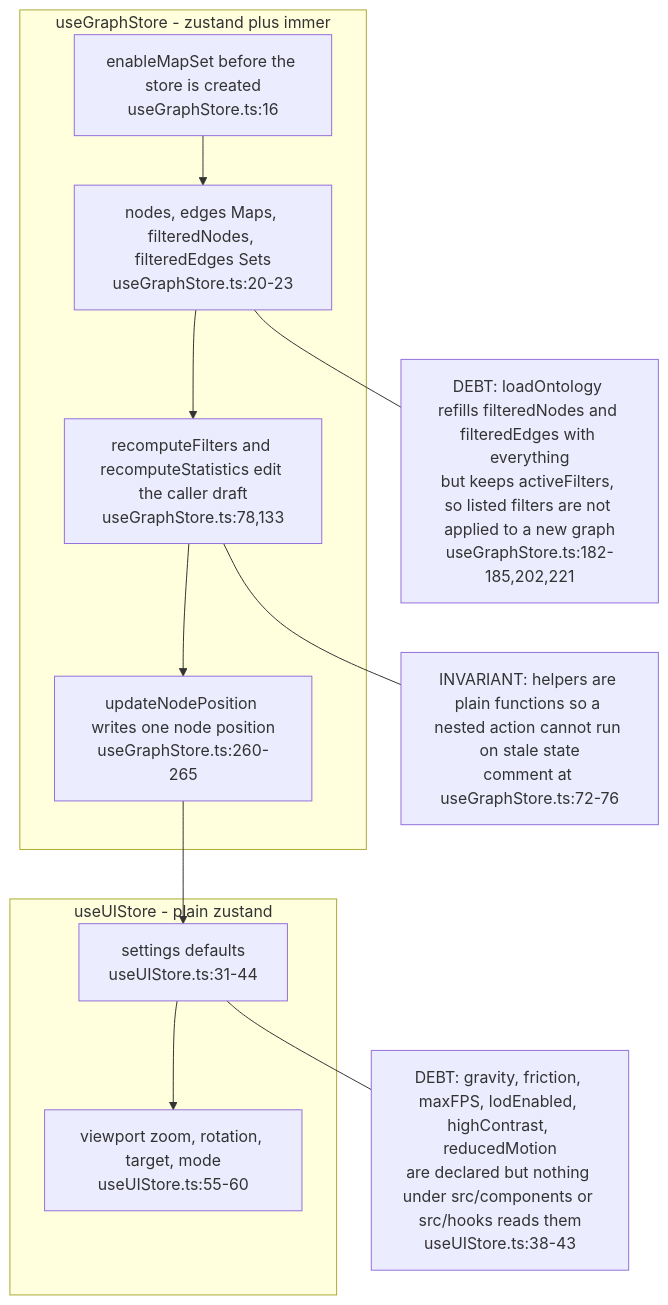
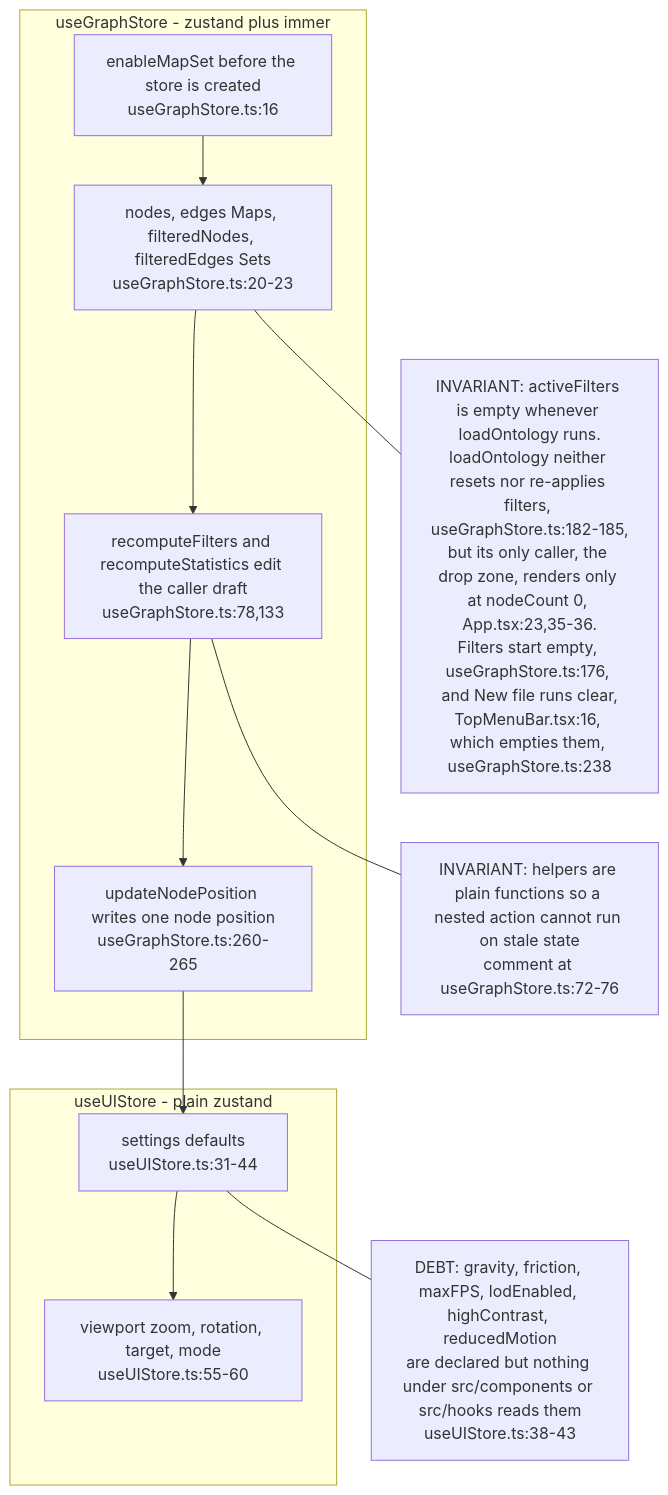
One commit to DreamLab-AI/VisionFlow changed the second of 4 diagrams in docs/diagrams/wasmvowl/02-modern-explorer-runtime.md. Above: the diagram before and after it, drawn with Mermaid. The commit also changed other lines of this file and 2 other files, not shown here.

First line of the commit message:
diagrams(wasmvowl): fix four skeptic findings in WV-02, WV-03 and WV-05

````diff
--- a/docs/diagrams/wasmvowl/02-modern-explorer-runtime.md
+++ b/docs/diagrams/wasmvowl/02-modern-explorer-runtime.md
@@ -54,22 +54,22 @@
 ```mermaid
 flowchart TB
     subgraph GSB["useGraphStore - zustand plus immer"]
         MS["enableMapSet before the store is created<br/>useGraphStore.ts:16"]
         ST["nodes, edges Maps, filteredNodes, filteredEdges Sets<br/>useGraphStore.ts:20-23"]
         HELP["recomputeFilters and recomputeStatistics edit the caller draft<br/>useGraphStore.ts:78,133"]
         UPD["updateNodePosition writes one node position<br/>useGraphStore.ts:260-265"]
     end
     subgraph USB["useUIStore - plain zustand"]
         SET["settings defaults<br/>useUIStore.ts:31-44"]
         VP["viewport zoom, rotation, target, mode<br/>useUIStore.ts:55-60"]
     end
     MS --> ST --> HELP --> UPD
     UPD --> SET
     SET --> VP
     N1["INVARIANT: helpers are plain functions so a nested action cannot run on stale state<br/>comment at useGraphStore.ts:72-76"]
-    N2["DEBT: loadOntology refills filteredNodes and filteredEdges with everything<br/>but keeps activeFilters, so listed filters are not applied to a new graph<br/>useGraphStore.ts:182-185,202,221"]
+    N2["INVARIANT: activeFilters is empty whenever loadOntology runs.<br/>loadOntology neither resets nor re-applies filters, useGraphStore.ts:182-185,<br/>but its only caller, the drop zone, renders only at nodeCount 0, App.tsx:23,35-36.<br/>Filters start empty, useGraphStore.ts:176, and New file runs clear,<br/>TopMenuBar.tsx:16, which empties them, useGraphStore.ts:238"]
     N3["DEBT: gravity, friction, maxFPS, lodEnabled, highContrast, reducedMotion<br/>are declared but nothing under src/components or src/hooks reads them<br/>useUIStore.ts:38-43"]
     HELP --- N1
     ST --- N2
     SET --- N3
 ```
````
